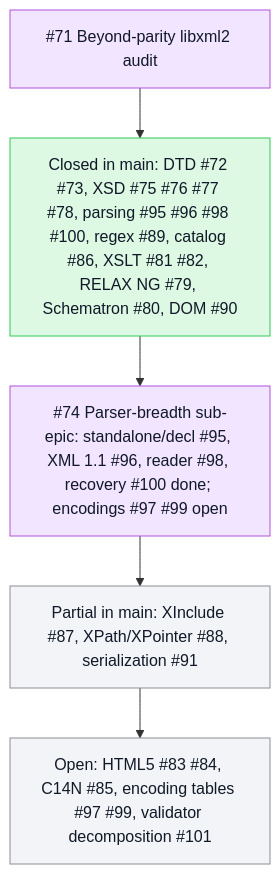
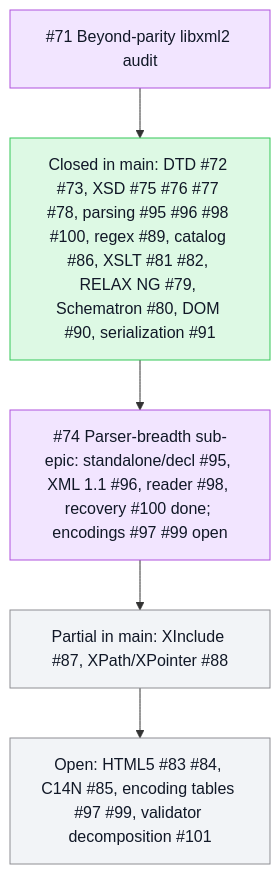
One commit to mihaelamj/PureXML changed the second of 2 diagrams in README.md. Above: the diagram before and after it, drawn with Mermaid. The commit also changed other lines of this file and 6 other files, not shown here.

````diff
--- a/README.md
+++ b/README.md
@@ -73,16 +73,16 @@
 ```mermaid
 flowchart TB
   classDef done fill:#ddf9e4,stroke:#34c759,color:#111827
   classDef review fill:#fff7d6,stroke:#ffcc00,color:#111827
   classDef epic fill:#f2e5ff,stroke:#af52de,color:#111827
   classDef todo fill:#f2f4f7,stroke:#8e8e93,color:#111827
   Epic71["#71 Beyond-parity libxml2 audit"]:::epic
-  AuditDone["Closed in main: DTD #72 #73, XSD #75 #76 #77 #78, parsing #95 #96 #98 #100, regex #89, catalog #86, XSLT #81 #82, RELAX NG #79, Schematron #80, DOM #90"]:::done
+  AuditDone["Closed in main: DTD #72 #73, XSD #75 #76 #77 #78, parsing #95 #96 #98 #100, regex #89, catalog #86, XSLT #81 #82, RELAX NG #79, Schematron #80, DOM #90, serialization #91"]:::done
   Epic74["#74 Parser-breadth sub-epic: standalone/decl #95, XML 1.1 #96, reader #98, recovery #100 done; encodings #97 #99 open"]:::epic
-  Partial["Partial in main: XInclude #87, XPath/XPointer #88, serialization #91"]:::todo
+  Partial["Partial in main: XInclude #87, XPath/XPointer #88"]:::todo
   Open["Open: HTML5 #83 #84, C14N #85, encoding tables #97 #99, validator decomposition #101"]:::todo
   Epic71 --> AuditDone
   AuditDone --> Epic74
   Epic74 --> Partial
   Partial --> Open
 ```
````
